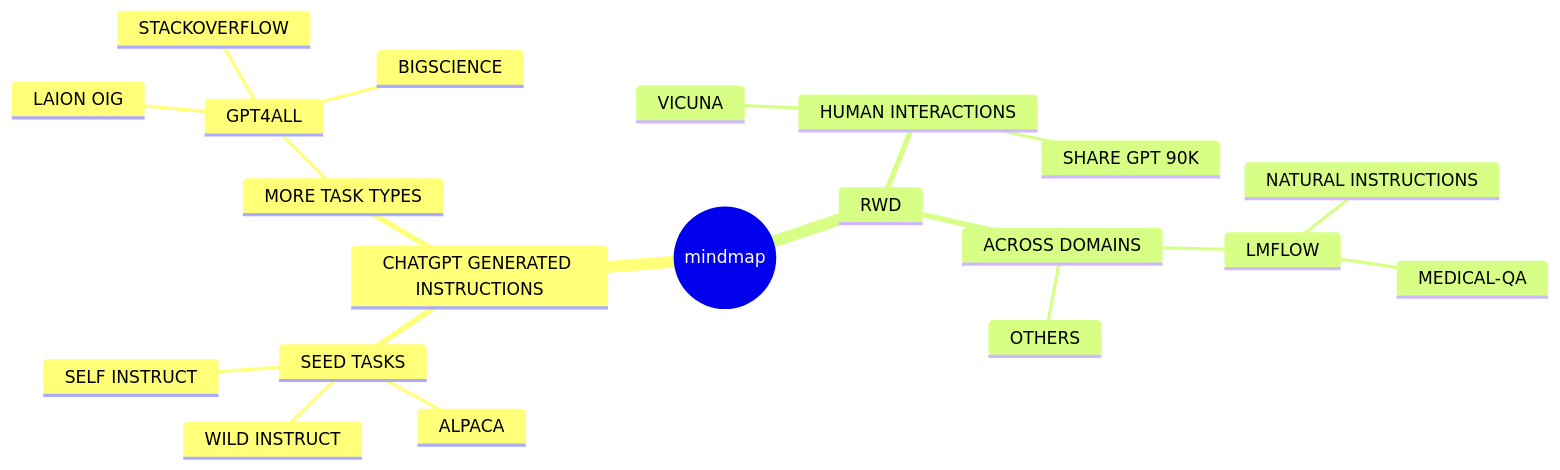
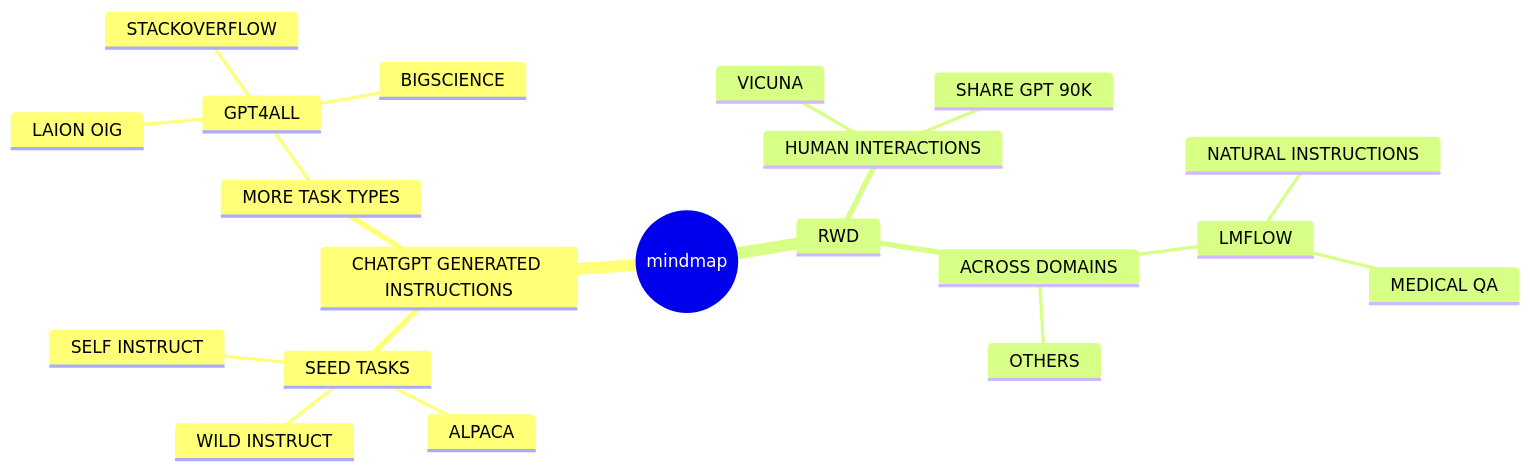
One commit to langbridgeai/Open-Instructions changed the diagram in README.md. Above: the diagram before and after it, drawn with Mermaid.

````diff
--- a/README.md
+++ b/README.md
@@ -62,23 +62,23 @@
 ```mermaid
 mindmap
   root((mindmap))
     CHATGPT GENERATED INSTRUCTIONS
         SEED TASKS
             SELF INSTRUCT
             ALPACA
             WILD INSTRUCT
         MORE TASK TYPES
             GPT4ALL
                 LAION OIG
                 STACKOVERFLOW
                 BIGSCIENCE
     RWD
         HUMAN INTERACTIONS
             VICUNA
             SHARE GPT 90K
         ACROSS DOMAINS
             LMFLOW
                 NATURAL INSTRUCTIONS
-                MEDICAL-QA
+                MEDICAL QA
             OTHERS
 ```
````
